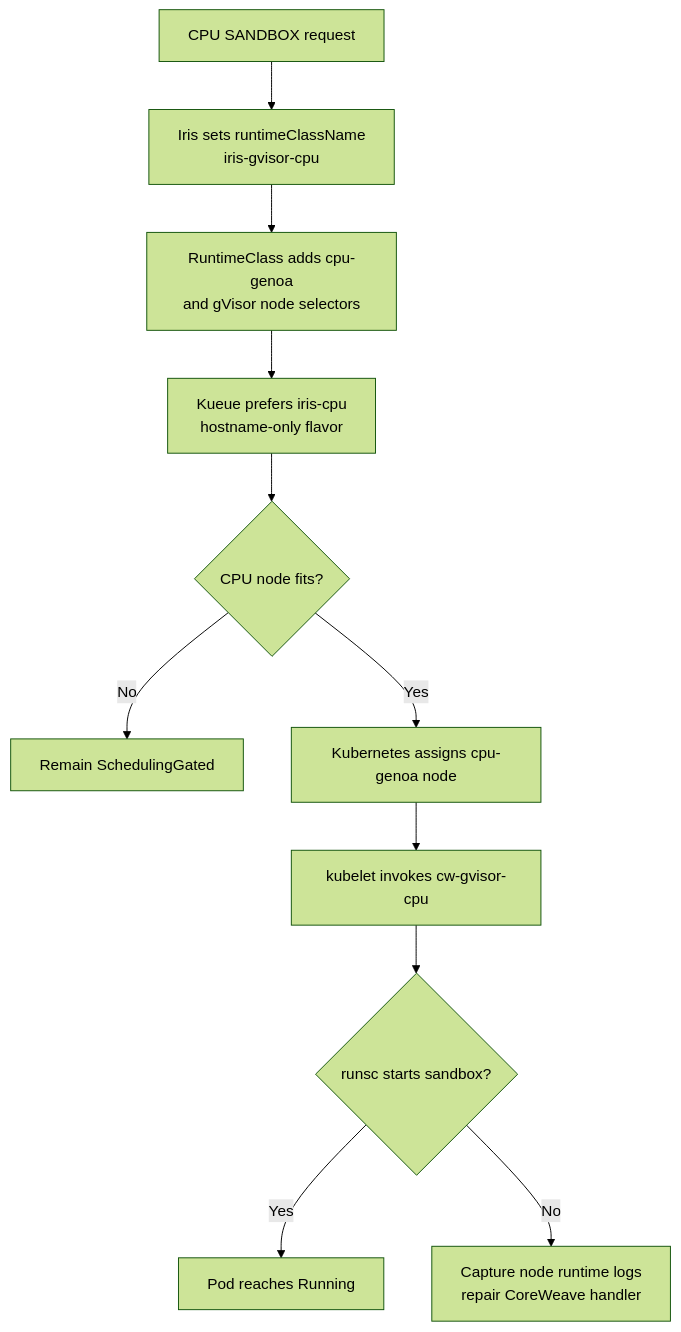
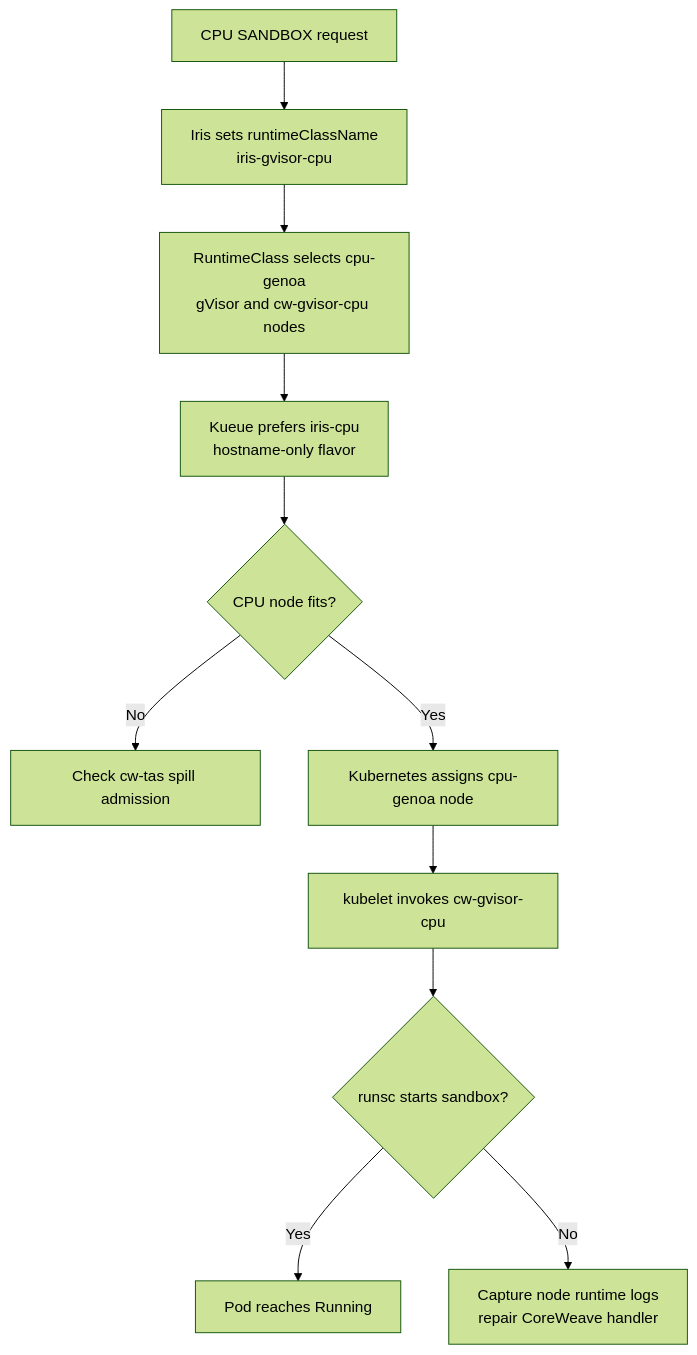
The second of 2 diagrams in lib/iris/docs/coreweave.md (marin-community/marin), drawn with Mermaid (forest theme) before and after one commit. The commit also changed other lines of this file and 13 other files, not shown here.

````diff
--- a/lib/iris/docs/coreweave.md
+++ b/lib/iris/docs/coreweave.md
@@ -623,13 +623,13 @@
 ```mermaid
 flowchart TD
     request[CPU SANDBOX request] --> pod[Iris sets runtimeClassName<br/>iris-gvisor-cpu]
-    pod --> selector[RuntimeClass adds cpu-genoa<br/>and gVisor node selectors]
+    pod --> selector[RuntimeClass selects cpu-genoa<br/>gVisor and cw-gvisor-cpu nodes]
     selector --> admission[Kueue prefers iris-cpu<br/>hostname-only flavor]
     admission --> fit{CPU node fits?}
-    fit -- No --> wait[Remain SchedulingGated]
+    fit -- No --> spill[Check cw-tas spill admission]
     fit -- Yes --> node[Kubernetes assigns cpu-genoa node]
     node --> handler[kubelet invokes cw-gvisor-cpu]
     handler --> runsc{runsc starts sandbox?}
     runsc -- Yes --> running[Pod reaches Running]
     runsc -- No --> diagnose[Capture node runtime logs<br/>repair CoreWeave handler]
 ```
````
